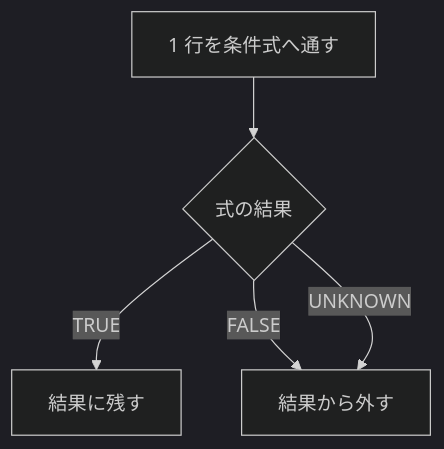
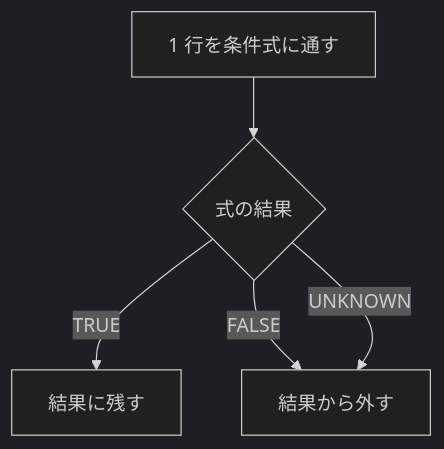
The second of 5 diagrams in content/notes/database-systems/sql-null/index.md (nao1215/debimate), drawn with Mermaid (dark theme) before and after one commit. The commit also changed other lines of this file and 46 other files, not shown here.

````diff
--- a/content/notes/database-systems/sql-null/index.md
+++ b/content/notes/database-systems/sql-null/index.md
@@ -110,7 +110,7 @@
 ```mermaid
 flowchart TB
-    R["1 行を条件式へ通す"] --> D{"式の結果"}
+    R["1 行を条件式に通す"] --> D{"式の結果"}
     D -->|"TRUE"| K["結果に残す"]
     D -->|"FALSE"| X["結果から外す"]
     D -->|"UNKNOWN"| X
 ```
````
